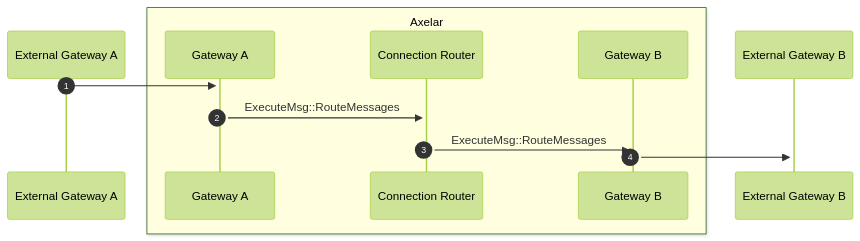
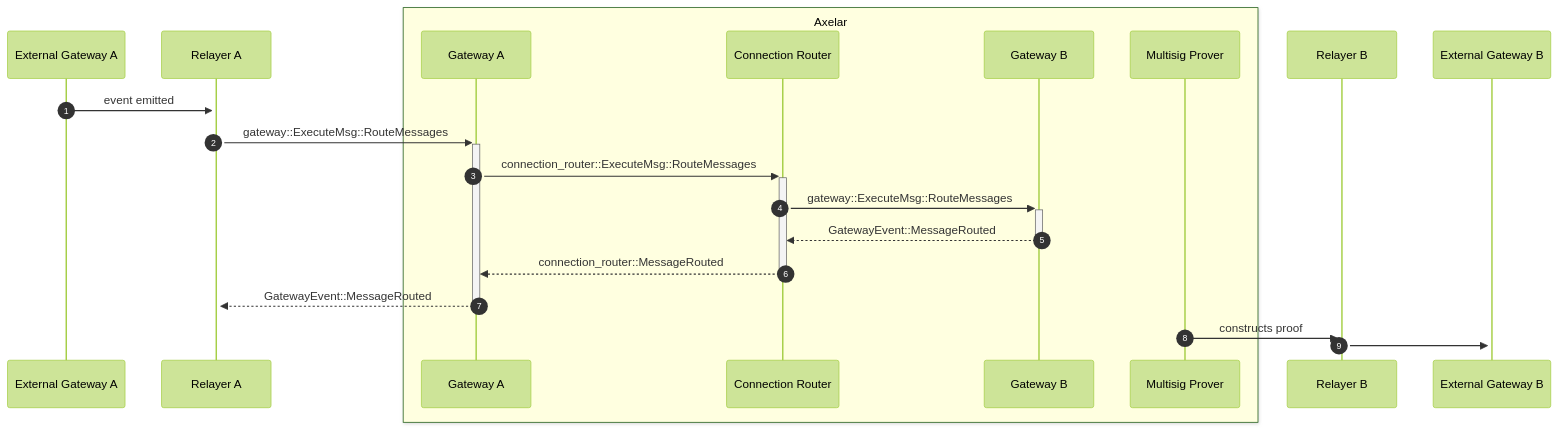
Before and after one commit to axelarnetwork/axelar-amplifier: the second of 2 diagrams in doc/src/contracts/connection_router.md, drawn with Mermaid (forest theme). The commit also changed other lines of this file, not shown here.

Commit message:
update Message Routing sequence diagram to include proof construction

````diff
--- a/doc/src/contracts/connection_router.md
+++ b/doc/src/contracts/connection_router.md
@@ -116,16 +116,24 @@
 ```mermaid
 sequenceDiagram
 autonumber
 participant External Gateway A
+participant Relayer A
 box LightYellow Axelar
 participant Gateway A
 participant Connection Router
 participant Gateway B
+participant Multisig Prover
 end
+participant Relayer B
 participant External Gateway B
 
-External Gateway A->>+Gateway A: 
-Gateway A->>+Connection Router: ExecuteMsg::RouteMessages
-Connection Router->>+Gateway B: ExecuteMsg::RouteMessages
-Gateway B->>+External Gateway B: 
+External Gateway A->>+Relayer A: event emitted
+Relayer A->>+Gateway A: gateway::ExecuteMsg::RouteMessages
+Gateway A->>+Connection Router: connection_router::ExecuteMsg::RouteMessages
+Connection Router->>+Gateway B: gateway::ExecuteMsg::RouteMessages
+Gateway B-->>-Connection Router: GatewayEvent::MessageRouted
+Connection Router-->>-Gateway A: connection_router::MessageRouted
+Gateway A-->>-Relayer A: GatewayEvent::MessageRouted
+Multisig Prover->>+Relayer B: constructs proof
+Relayer B->>+External Gateway B: 
 ```
````
